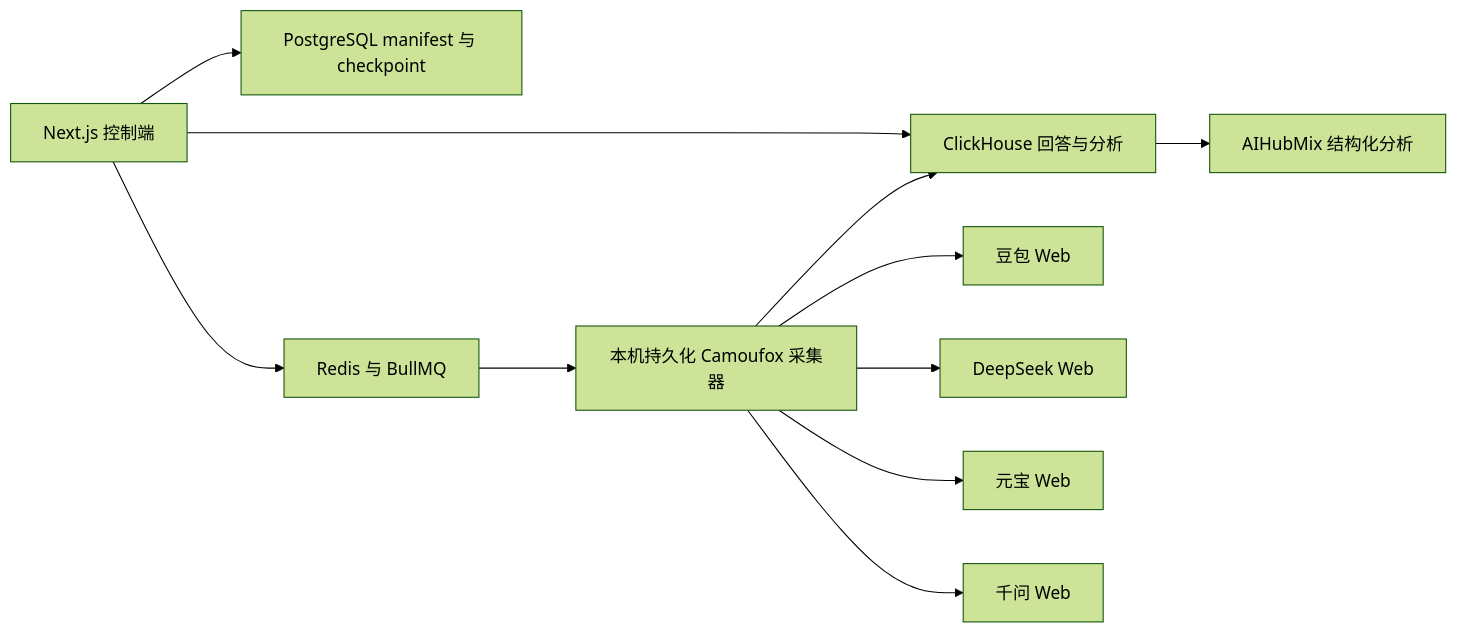
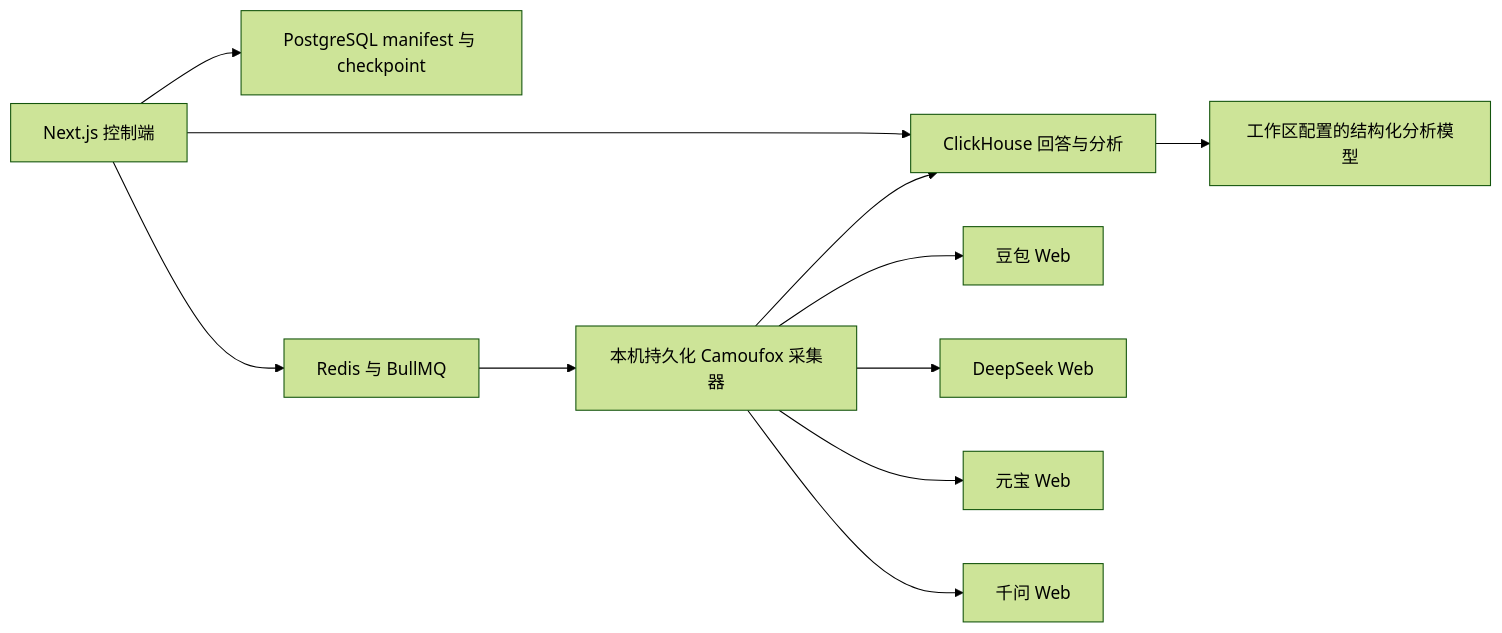
One commit to MYZ8088/anspectra changed the diagram in README.zh-CN.md. Above: the diagram before and after it, drawn with Mermaid (forest theme). The commit also changed other lines of this file and 32 other files, not shown here.

````diff
--- a/README.zh-CN.md
+++ b/README.zh-CN.md
@@ -119,13 +119,13 @@
 ```mermaid
 flowchart LR
   UI["Next.js 控制端"] --> PG["PostgreSQL manifest 与 checkpoint"]
   UI --> CH["ClickHouse 回答与分析"]
   UI --> R["Redis 与 BullMQ"]
   R --> C["本机持久化 Camoufox 采集器"]
   C --> D["豆包 Web"]
   C --> DS["DeepSeek Web"]
   C --> Y["元宝 Web"]
   C --> Q["千问 Web"]
   C --> CH
-  CH --> A["AIHubMix 结构化分析"]
+  CH --> A["工作区配置的结构化分析模型"]
 ```
````
